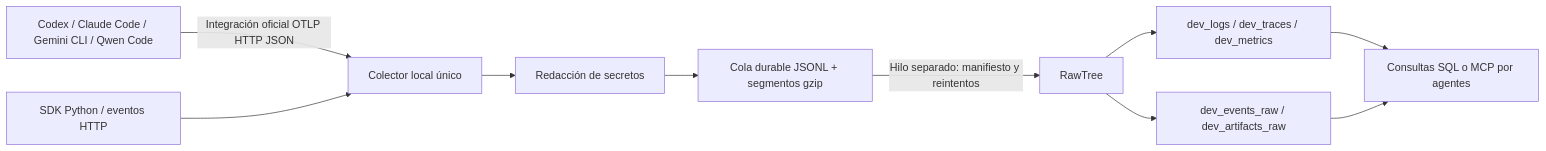
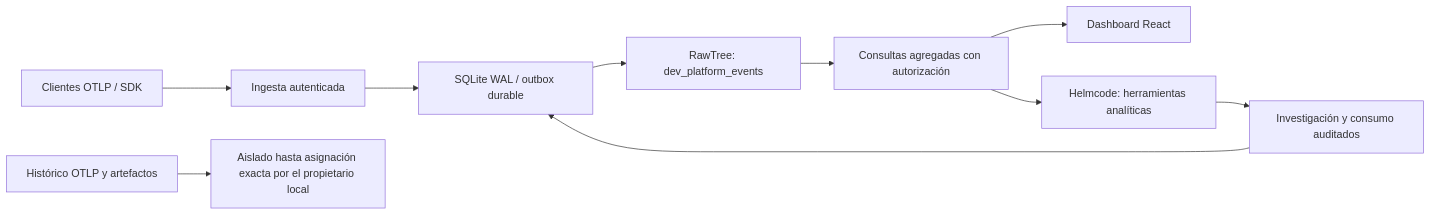
Before and after one commit to nestorwaffle/datathon-2026-side-quest: the diagram in README.md, drawn with Mermaid. The commit also changed other lines of this file and 37 other files, not shown here.

Commit message:
Ship tenant-isolated RawTree dashboard and Helmcode tool analyst with self-observed development

````diff
--- a/README.md
+++ b/README.md
@@ -9,12 +13,12 @@
 ```mermaid
 flowchart LR
-  A[Codex / Claude Code / Gemini CLI / Qwen Code] -->|Integración oficial OTLP HTTP JSON| B[Colector local único]
-  S[SDK Python / eventos HTTP] --> B
-  B --> R[Redacción de secretos]
-  R --> Q[Cola durable JSONL + segmentos gzip]
-  Q -->|Hilo separado: manifiesto y reintentos| T[RawTree]
-  T --> N[dev_logs / dev_traces / dev_metrics]
-  T --> E[dev_events_raw / dev_artifacts_raw]
-  N --> C[Consultas SQL o MCP por agentes]
-  E --> C
+  C[Clientes OTLP / SDK] --> I[Ingesta autenticada]
+  I --> Q[SQLite WAL / outbox durable]
+  Q --> R[RawTree: dev_platform_events]
+  R --> A[Consultas agregadas con autorización]
+  A --> U[Dashboard React]
+  A --> H[Helmcode: herramientas analíticas]
+  H --> D[Investigación y consumo auditados]
+  D --> Q
+  L[Histórico OTLP y artefactos] --> X[Aislado hasta asignación exacta por el propietario local]
 ```
````
